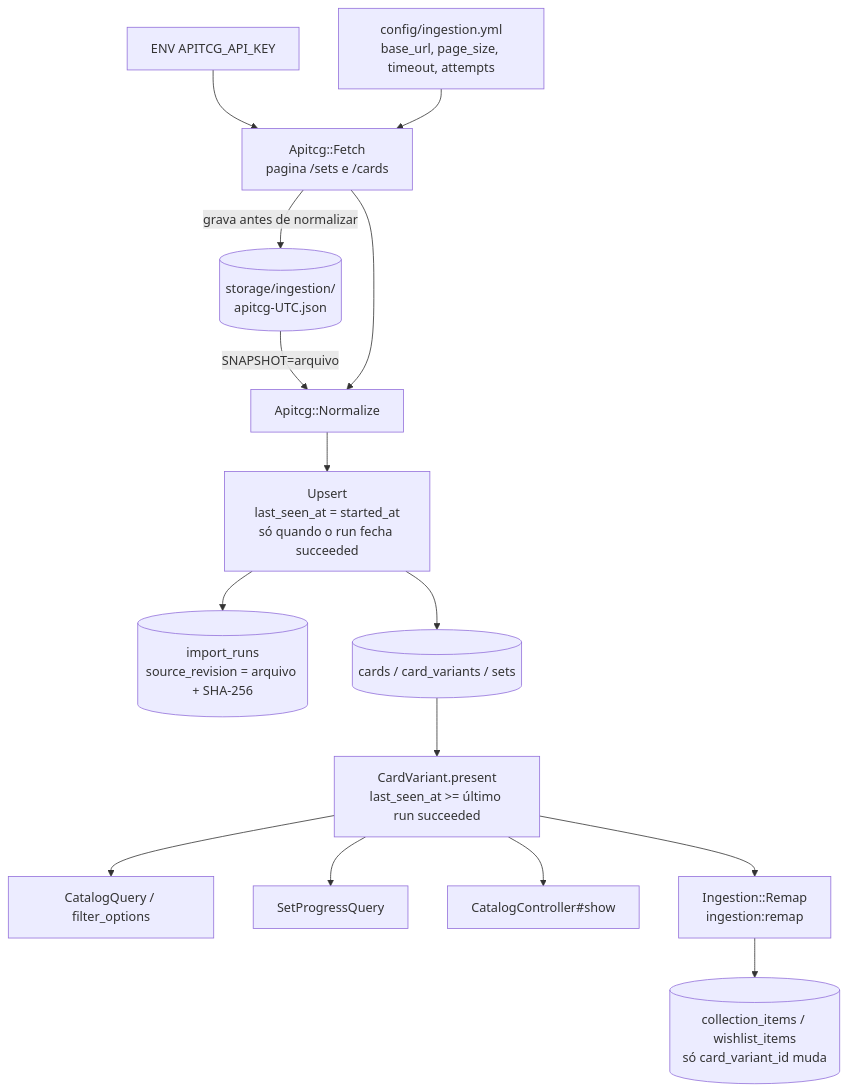
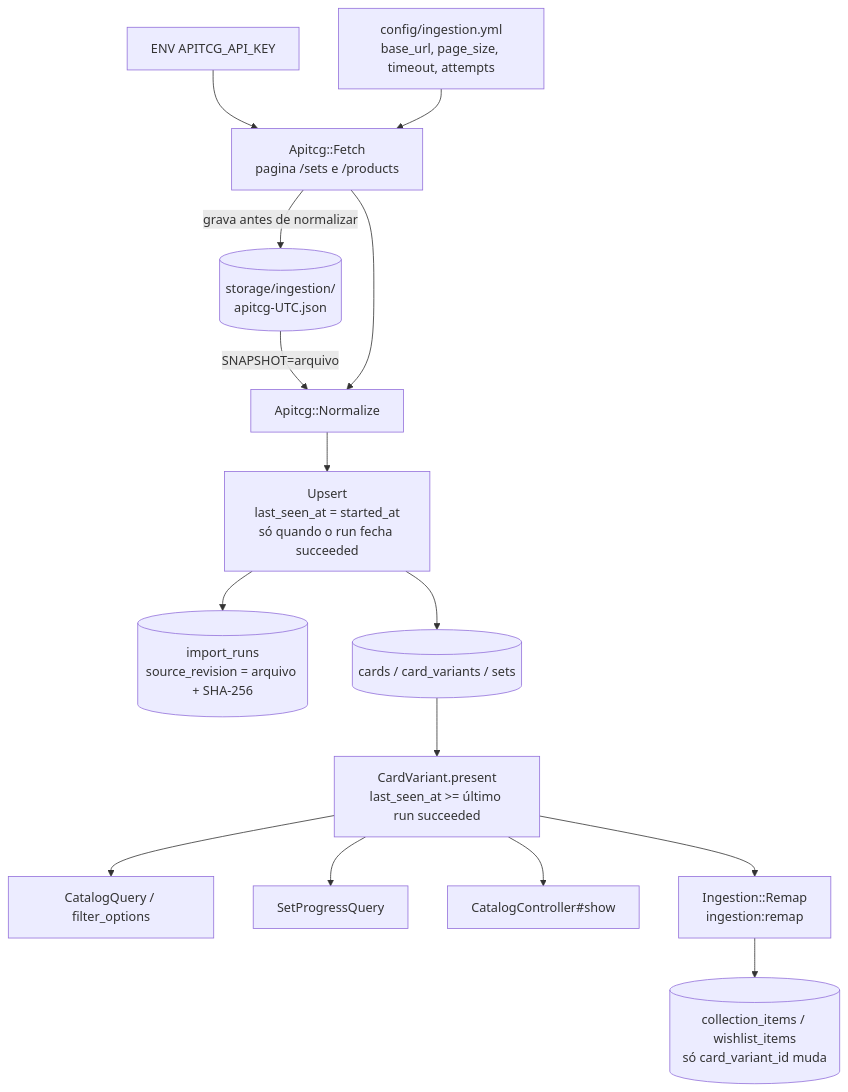
Before and after one commit to pinhaum/bindr-tcg: the diagram in .specs/features/fonte-apitcg/design.md, drawn with Mermaid. The commit also changed other lines of this file and 9 other files, not shown here.

````diff
--- a/.specs/features/fonte-apitcg/design.md
+++ b/.specs/features/fonte-apitcg/design.md
@@ -19,17 +19,17 @@
 ```mermaid
 graph TD
     K[ENV APITCG_API_KEY] --> F
     C[config/ingestion.yml<br/>base_url, page_size, timeout, attempts] --> F
-    F[Apitcg::Fetch<br/>pagina /sets e /cards] -->|grava antes de normalizar| S[(storage/ingestion/<br/>apitcg-UTC.json)]
+    F[Apitcg::Fetch<br/>pagina /sets e /products] -->|grava antes de normalizar| S[(storage/ingestion/<br/>apitcg-UTC.json)]
     S -->|SNAPSHOT=arquivo| N[Apitcg::Normalize]
     F --> N
     N --> U[Upsert<br/>last_seen_at = started_at<br/>só quando o run fecha succeeded]
     U --> R[(import_runs<br/>source_revision = arquivo + SHA-256)]
     U --> DB[(cards / card_variants / sets)]
     DB --> P[CardVariant.present<br/>last_seen_at >= último run succeeded]
     P --> Q[CatalogQuery / filter_options]
     P --> SP[SetProgressQuery]
     P --> SH[CatalogController#show]
     P --> RM[Ingestion::Remap<br/>ingestion:remap]
     RM --> CI[(collection_items / wishlist_items<br/>só card_variant_id muda)]
 ```
````
